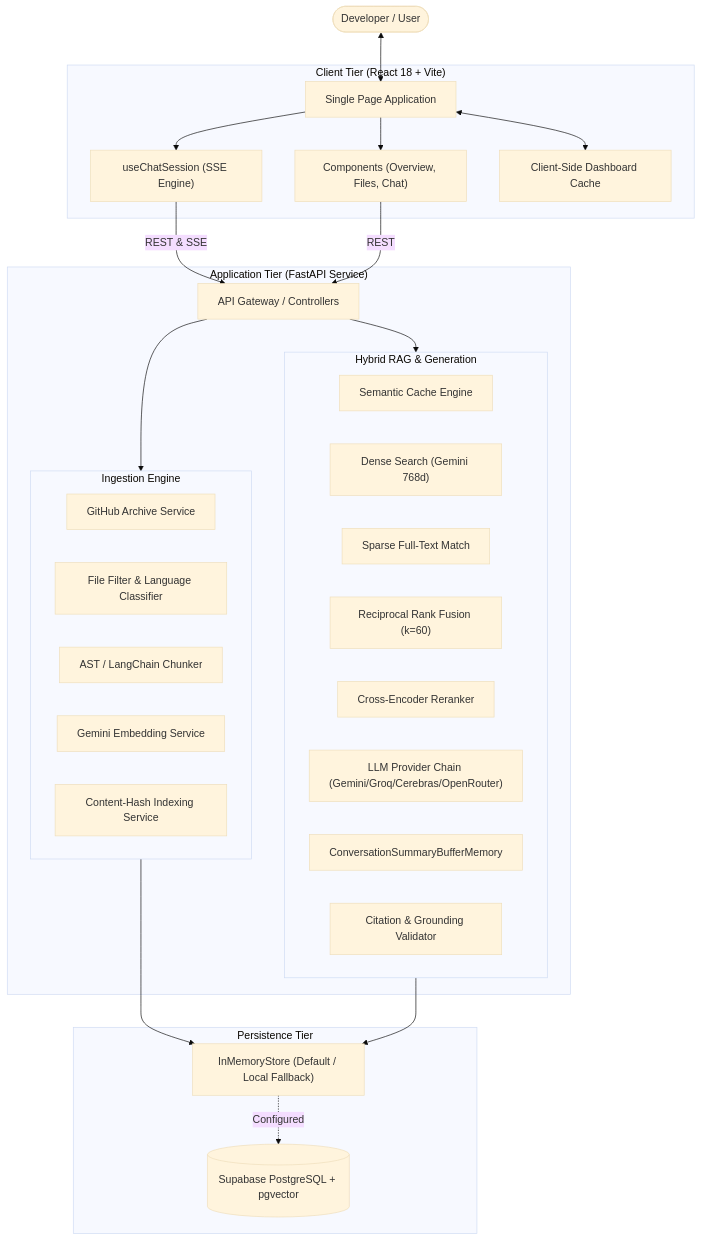
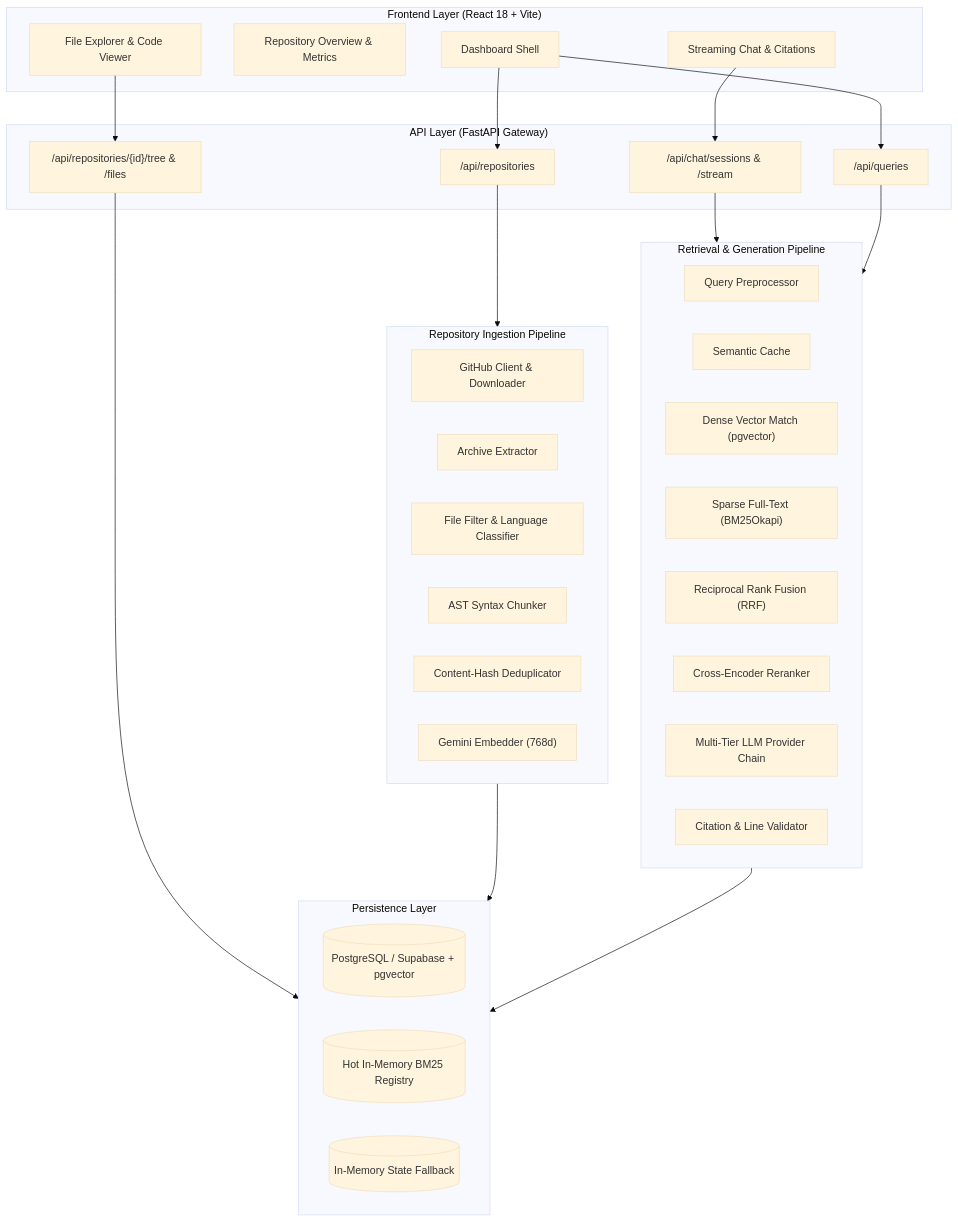
One commit to mohith789p/codeAtlas changed the first of 4 diagrams in docs/ARCHITECTURE.md. Above: the diagram before and after it, drawn with Mermaid (base theme). The commit also changed other lines of this file and 156 other files, not shown here.

Commit message:
refactor : modularize backend, frontend and documentation architecture

````diff
--- a/docs/ARCHITECTURE.md
+++ b/docs/ARCHITECTURE.md
@@ -11,52 +15,55 @@
 ```mermaid
-graph TD
-    User([Developer / User])
-    
-    subgraph Client ["Client Tier (React 18 + Vite)"]
-        SPA["Single Page Application"]
-        HookChat["useChatSession (SSE Engine)"]
-        UIComp["Components (Overview, Files, Chat)"]
-        Cache["Client-Side Dashboard Cache"]
+flowchart TD
+    subgraph Client ["Frontend Layer (React 18 + Vite)"]
+        Dashboard["Dashboard Shell"]
+        RepoView["Repository Overview & Metrics"]
+        FileTree["File Explorer & Code Viewer"]
+        ChatEngine["Streaming Chat & Citations"]
     end
 
-    subgraph Service ["Application Tier (FastAPI Service)"]
-        Router["API Gateway / Controllers"]
-        
-        subgraph PipelineIngestion ["Ingestion Engine"]
-            GH["GitHub Archive Service"]
-            Filter["File Filter & Language Classifier"]
-            Chunker["AST / LangChain Chunker"]
-            EmbedService["Gemini Embedding Service"]
-            IndexService["Content-Hash Indexing Service"]
-        end
-
-        subgraph PipelineRAG ["Hybrid RAG & Generation"]
-            CacheService["Semantic Cache Engine"]
-            DenseSearch["Dense Search (Gemini 768d)"]
-            SparseSearch["Sparse Full-Text Match"]
-            RRF["Reciprocal Rank Fusion (k=60)"]
-            Rerank["Cross-Encoder Reranker"]
-            Providers["LLM Provider Chain (Gemini/Groq/Cerebras/OpenRouter)"]
-            Memory["ConversationSummaryBufferMemory"]
-            Validator["Citation & Grounding Validator"]
-        end
+    subgraph Gateway ["API Layer (FastAPI Gateway)"]
+        RepoRoutes["/api/repositories"]
+        FileRoutes["/api/repositories/{id}/tree & /files"]
+        ChatRoutes["/api/chat/sessions & /stream"]
+        QueryRoutes["/api/queries"]
     end
 
-    subgraph Persistence ["Persistence Tier"]
-        Store["InMemoryStore (Default / Local Fallback)"]
-        Supabase[("Supabase PostgreSQL + pgvector")]
+    subgraph IngestionEngine ["Repository Ingestion Pipeline"]
+        Acquisition["GitHub Client & Downloader"]
+        ArchiveExtract["Archive Extractor"]
+        Filter["File Filter & Language Classifier"]
+        AST["AST Syntax Chunker"]
+        Dedup["Content-Hash Deduplicator"]
+        EmbedGen["Gemini Embedder (768d)"]
     end
 
-    User <--> SPA
-    SPA --> HookChat
-    SPA --> UIComp
-    SPA <--> Cache
-    HookChat -->|REST & SSE| Router
-    UIComp -->|REST| Router
+    subgraph RetrievalEngine ["Retrieval & Generation Pipeline"]
+        Preprocessor["Query Preprocessor"]
+        Cache["Semantic Cache"]
+        DenseSearch["Dense Vector Match (pgvector)"]
+        SparseSearch["Sparse Full-Text (BM25Okapi)"]
+        RRF["Reciprocal Rank Fusion (RRF)"]
+        Rerank["Cross-Encoder Reranker"]
+        LLMChain["Multi-Tier LLM Provider Chain"]
+        CitationVal["Citation & Line Validator"]
+    end
 
-    Router --> PipelineIngestion
-    Router --> PipelineRAG
-    PipelineIngestion --> Store
-    PipelineRAG --> Store
-    Store -.->|Configured| Supabase
+    subgraph StorageLayer ["Persistence Layer"]
+        SupabaseDB[("PostgreSQL / Supabase + pgvector")]
+        BM25Mem[("Hot In-Memory BM25 Registry")]
+        StateFallback[("In-Memory State Fallback")]
+    end
+
+    Dashboard --> RepoRoutes
+    FileTree --> FileRoutes
+    ChatEngine --> ChatRoutes
+    Dashboard --> QueryRoutes
+
+    RepoRoutes --> IngestionEngine
+    FileRoutes --> StorageLayer
+    ChatRoutes --> RetrievalEngine
+    QueryRoutes --> RetrievalEngine
+
+    IngestionEngine --> StorageLayer
+    RetrievalEngine --> StorageLayer
 ```
````
